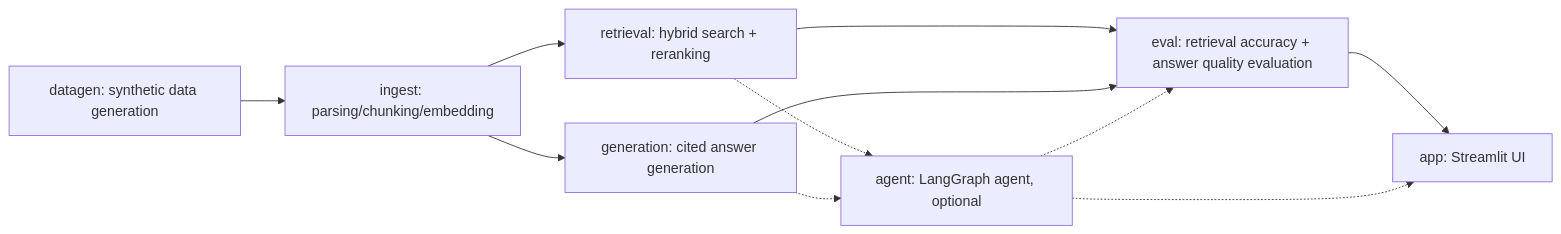
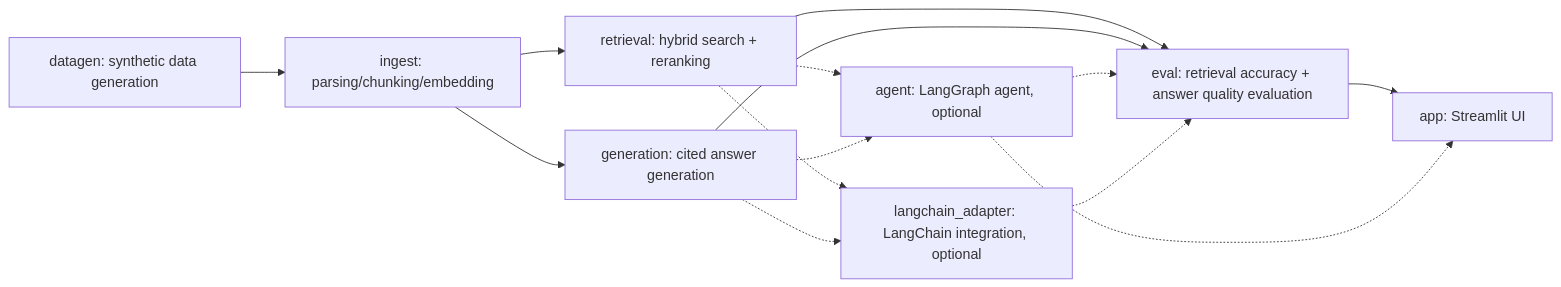
One commit to satoshi-abe-dev/silo-rag changed the first of 2 diagrams in README_en.md. Above: the diagram before and after it, drawn with Mermaid. The commit also changed other lines of this file and 1 other file, not shown here.

````diff
--- a/README_en.md
+++ b/README_en.md
@@ -154,13 +158,16 @@
 ```mermaid
 graph LR
     A[datagen: synthetic data generation] --> B[ingest: parsing/chunking/embedding]
     B --> C[retrieval: hybrid search + reranking]
     B --> D[generation: cited answer generation]
     C --> E[eval: retrieval accuracy + answer quality evaluation]
     D --> E
     E --> F[app: Streamlit UI]
     C -.-> G[agent: LangGraph agent, optional]
     D -.-> G
     G -.-> E
     G -.-> F
+    C -.-> H[langchain_adapter: LangChain integration, optional]
+    D -.-> H
+    H -.-> E
 ```
````
